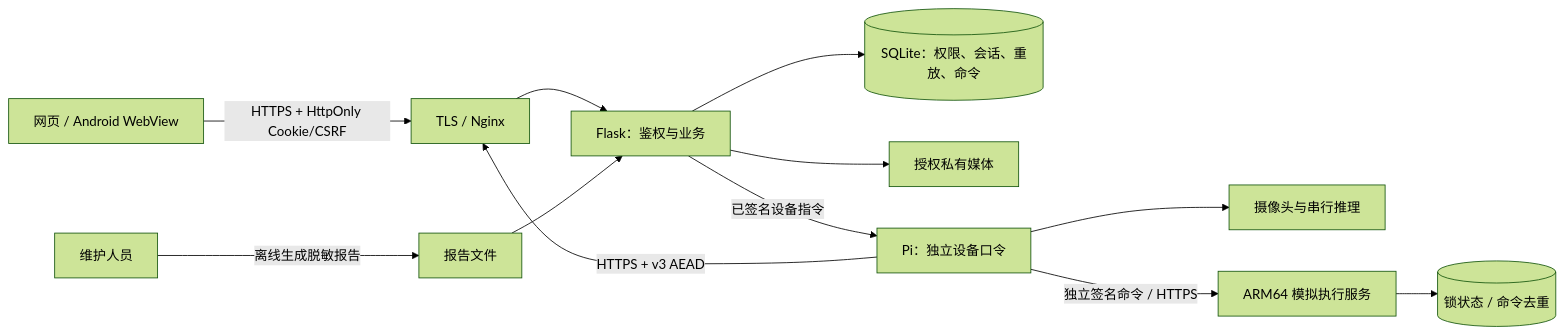
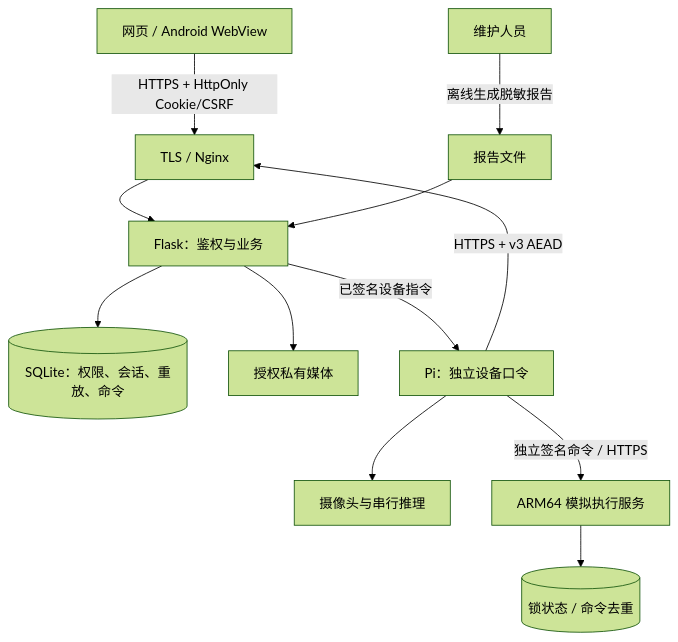
One commit to Bearono/smart_lock changed the first of 4 diagrams in docs/architecture.md. Above: the diagram before and after it, drawn with Mermaid (forest theme). The commit also changed other lines of this file and 8 other files, not shown here.

````diff
--- a/docs/architecture.md
+++ b/docs/architecture.md
@@ -20,14 +20,14 @@
 ```mermaid
-flowchart LR
+flowchart TD
   B[网页 / Android WebView] -->|HTTPS + HttpOnly Cookie/CSRF| T[TLS / Nginx]
   T --> F[Flask：鉴权与业务]
   F --> D[(SQLite：权限、会话、重放、命令)]
   F --> M[授权私有媒体]
   P[Pi：独立设备口令] -->|HTTPS + v3 AEAD| T
   F -->|已签名设备指令| P
   P --> C[摄像头与串行推理]
   P -->|独立签名命令 / HTTPS| A[ARM64 模拟执行服务]
   A --> S[(锁状态 / 命令去重)]
   O[维护人员] -->|离线生成脱敏报告| E[报告文件]
   E --> F
 ```
````
